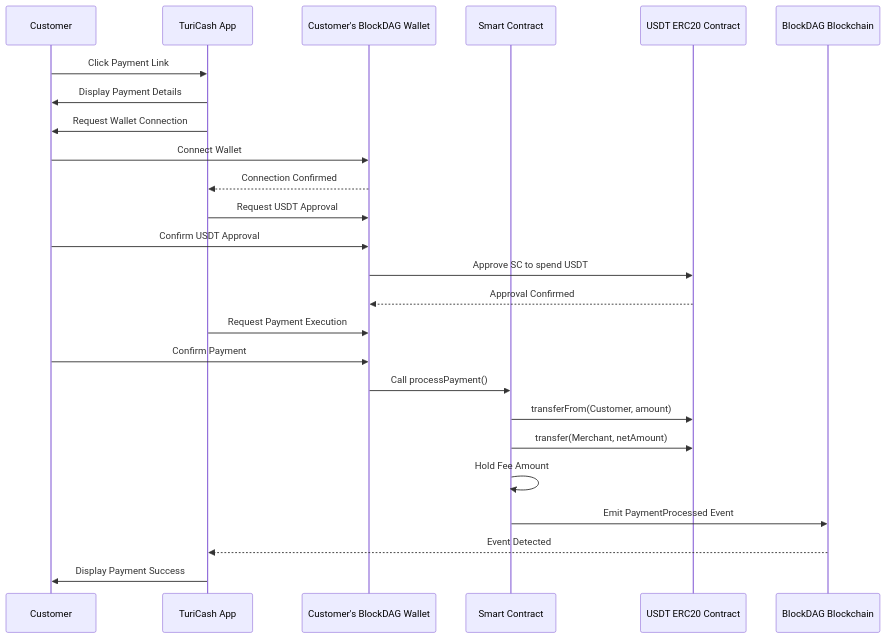
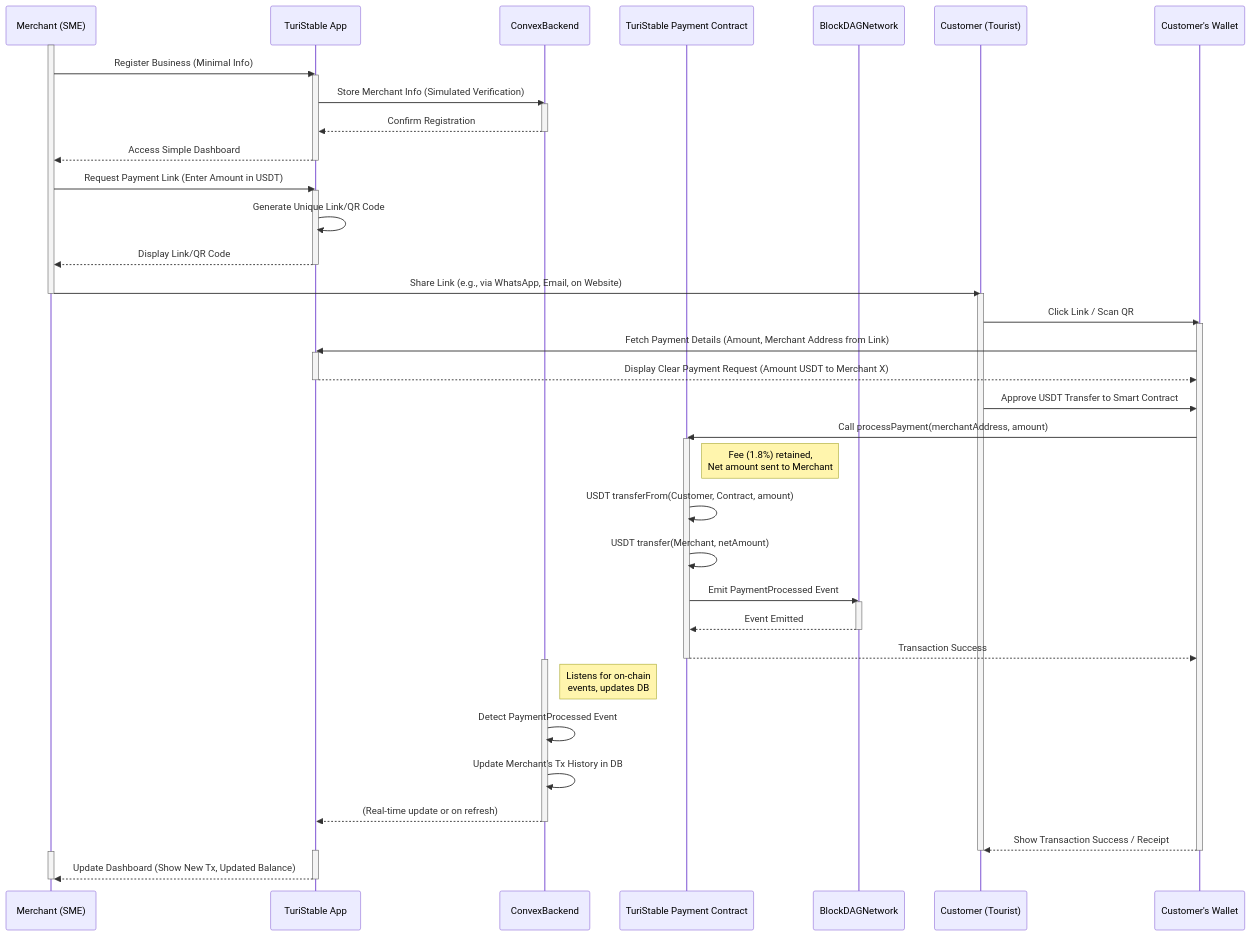
The diagram in README.md (tapilew/equilibrio-alpha), drawn with Mermaid before and after one commit. The commit also changed other lines of this file and 3 other files, not shown here.

First line of the commit message:
docs: rebrand to TuriStable Protocol

````diff
--- a/README.md
+++ b/README.md
@@ -212,28 +225,65 @@
 ```mermaid
 sequenceDiagram
-    participant C as Customer
-    participant A as TuriCash App
-    participant Wallet as Customer's BlockDAG Wallet
-    participant SC as Smart Contract
-    participant USDT as USDT ERC20 Contract
-    participant BD as BlockDAG Blockchain
-    
-    C->>A: Click Payment Link
-    A->>C: Display Payment Details
-    A->>C: Request Wallet Connection
-    C->>Wallet: Connect Wallet
-    Wallet-->>A: Connection Confirmed
-    A->>Wallet: Request USDT Approval
-    C->>Wallet: Confirm USDT Approval
-    Wallet->>USDT: Approve SC to spend USDT
-    USDT-->>Wallet: Approval Confirmed
-    A->>Wallet: Request Payment Execution
-    C->>Wallet: Confirm Payment
-    Wallet->>SC: Call processPayment()
-    SC->>USDT: transferFrom(Customer, amount)
-    SC->>USDT: transfer(Merchant, netAmount)
-    SC->>SC: Hold Fee Amount
-    SC->>BD: Emit PaymentProcessed Event
-    BD-->>A: Event Detected
-    A->>C: Display Payment Success
+    participant SME as Merchant (SME)
+    participant TSApp as TuriStable App
+    participant ConvexBackend
+    participant TStableContract as TuriStable Payment Contract
+    participant BlockDAGNetwork
+    participant Tourist as Customer (Tourist)
+    participant Wallet as Customer's Wallet
+
+    activate SME
+    SME->>TSApp: Register Business (Minimal Info)
+    activate TSApp
+    TSApp->>ConvexBackend: Store Merchant Info (Simulated Verification)
+    activate ConvexBackend
+    ConvexBackend-->>TSApp: Confirm Registration
+    deactivate ConvexBackend
+    TSApp-->>SME: Access Simple Dashboard
+    deactivate TSApp
+
+    SME->>TSApp: Request Payment Link (Enter Amount in USDT)
+    activate TSApp
+    TSApp->>TSApp: Generate Unique Link/QR Code
+    TSApp-->>SME: Display Link/QR Code
+    deactivate TSApp
+    SME->>Tourist: Share Link (e.g., via WhatsApp, Email, on Website)
+    deactivate SME
+
+    activate Tourist
+    Tourist->>Wallet: Click Link / Scan QR
+    activate Wallet
+    Wallet->>TSApp: Fetch Payment Details (Amount, Merchant Address from Link)
+    activate TSApp
+    TSApp-->>Wallet: Display Clear Payment Request (Amount USDT to Merchant X)
+    deactivate TSApp
+    Tourist->>Wallet: Approve USDT Transfer to Smart Contract
+    Wallet->>TStableContract: Call processPayment(merchantAddress, amount)
+    activate TStableContract
+    Note right of TStableContract: Fee (1.8%) retained, <br/>Net amount sent to Merchant
+    TStableContract->>TStableContract: USDT transferFrom(Customer, Contract, amount)
+    TStableContract->>TStableContract: USDT transfer(Merchant, netAmount)
+    TStableContract->>BlockDAGNetwork: Emit PaymentProcessed Event
+    activate BlockDAGNetwork
+    BlockDAGNetwork-->>TStableContract: Event Emitted
+    deactivate BlockDAGNetwork
+    TStableContract-->>Wallet: Transaction Success
+    deactivate TStableContract
+
+    activate ConvexBackend
+    Note right of ConvexBackend: Listens for on-chain <br/> events, updates DB
+    ConvexBackend->>ConvexBackend: Detect PaymentProcessed Event
+    ConvexBackend->>ConvexBackend: Update Merchant's Tx History in DB
+    ConvexBackend-->>TSApp: (Real-time update or on refresh)
+    deactivate ConvexBackend
+
+    Wallet-->>Tourist: Show Transaction Success / Receipt
+    deactivate Wallet
+    deactivate Tourist
+
+    activate TSApp
+    activate SME
+    TSApp-->>SME: Update Dashboard (Show New Tx, Updated Balance)
+    deactivate TSApp
+    deactivate SME
 ```
````
